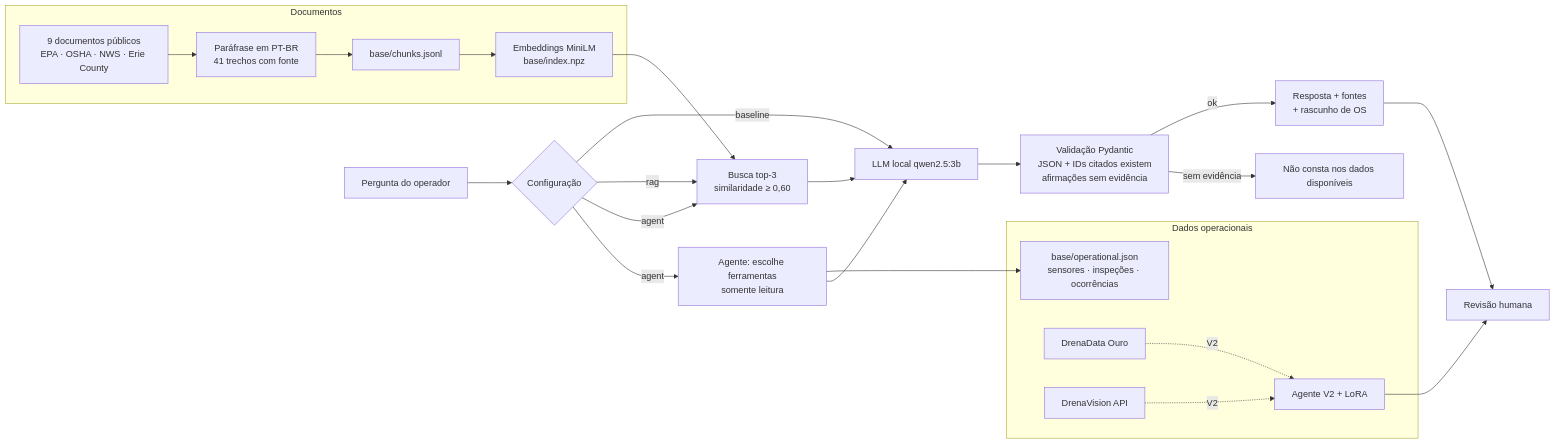
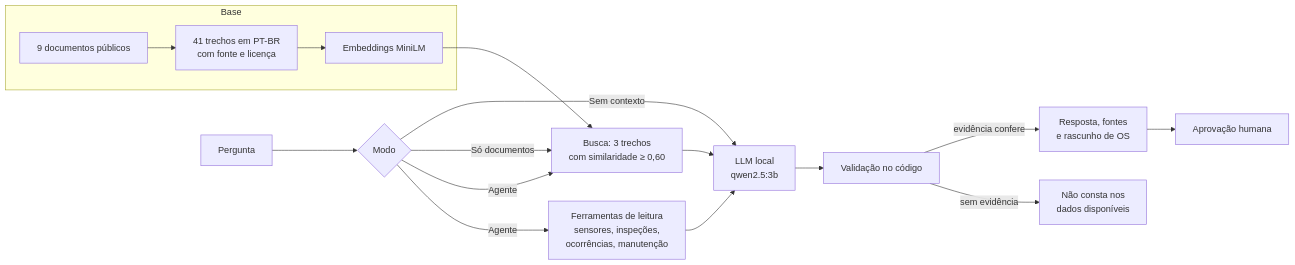
One commit to Torugo0/drenahub-genai changed the second of 2 diagrams in README.md. Above: the diagram before and after it, drawn with Mermaid. The commit also changed other lines of this file and 9 other files, not shown here.

````diff
--- a/README.md
+++ b/README.md
@@ -49,25 +94,17 @@
 ```mermaid
 flowchart LR
-  subgraph Documentos
-    D[9 documentos públicos<br/>EPA · OSHA · NWS · Erie County] --> P[Paráfrase em PT-BR<br/>41 trechos com fonte]
-    P --> C[base/chunks.jsonl]
-    C --> E[Embeddings MiniLM<br/>base/index.npz]
+  subgraph Base
+    D[9 documentos públicos] --> P[41 trechos em PT-BR<br/>com fonte e licença]
+    P --> E[Embeddings MiniLM]
   end
-  subgraph Dados operacionais
-    O[base/operational.json<br/>sensores · inspeções · ocorrências]
-    DD[DrenaData Ouro] -.V2.-> AG2
-    DV[DrenaVision API] -.V2.-> AG2
-  end
-  Q[Pergunta do operador] --> M{Configuração}
-  M -->|baseline| L[LLM local qwen2.5:3b]
-  M -->|rag| B[Busca top-3<br/>similaridade ≥ 0,60] --> L
-  M -->|agent| B
-  M -->|agent| T[Agente: escolhe ferramentas<br/>somente leitura] --> O
-  T --> L
+  Q[Pergunta] --> M{Modo}
+  M -->|Sem contexto| L[LLM local<br/>qwen2.5:3b]
+  M -->|Só documentos| B[Busca: 3 trechos<br/>com similaridade ≥ 0,60] --> L
+  M -->|Agente| B
+  M -->|Agente| T[Ferramentas de leitura<br/>sensores, inspeções,<br/>ocorrências, manutenção] --> L
   E --> B
-  L --> V[Validação Pydantic<br/>JSON + IDs citados existem<br/>afirmações sem evidência]
-  V -->|ok| R[Resposta + fontes<br/>+ rascunho de OS]
-  V -->|sem evidência| X[Não consta nos dados disponíveis]
-  R --> H[Revisão humana]
-  AG2[Agente V2 + LoRA] --> H
+  L --> V[Validação no código]
+  V -->|evidência confere| R[Resposta, fontes<br/>e rascunho de OS]
+  V -->|sem evidência| X[Não consta nos<br/>dados disponíveis]
+  R --> H[Aprovação humana]
 ```
````
